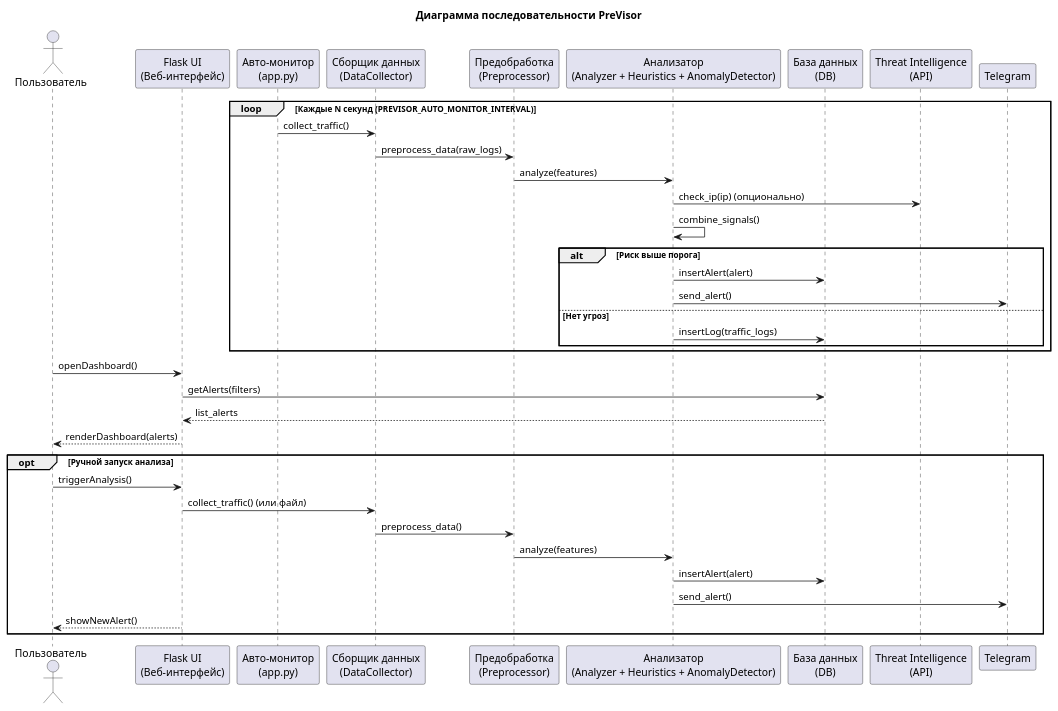
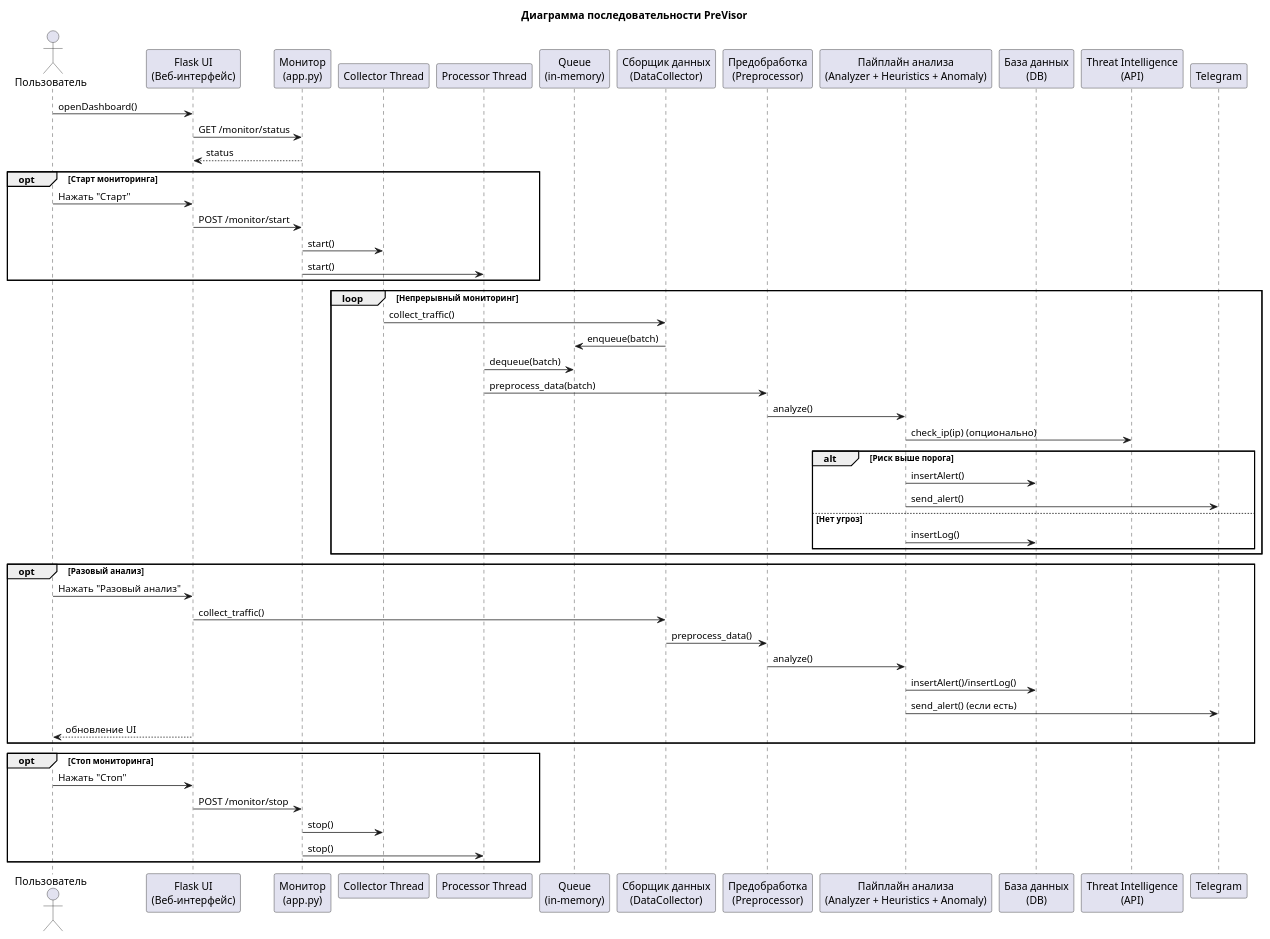
The diagram in static/previsor_sequence_diagram.puml (k00000tek/previsor), drawn with PlantUML before and after one commit. The commit also changed 38 other files, not shown here.

```diff
--- a/static/previsor_sequence_diagram.puml
+++ b/static/previsor_sequence_diagram.puml
@@ -1,44 +1,60 @@
 @startuml
 title Диаграмма последовательности PreVisor
 
 actor "Пользователь" as User
 participant "Flask UI\n(Веб-интерфейс)" as Flask
-participant "Авто-монитор\n(app.py)" as Mon
+participant "Монитор\n(app.py)" as Mon
+participant "Collector Thread" as Col
+participant "Processor Thread" as Proc
+participant "Queue\n(in-memory)" as Q
 participant "Сборщик данных\n(DataCollector)" as DC
 participant "Предобработка\n(Preprocessor)" as PP
-participant "Анализатор\n(Analyzer + Heuristics + AnomalyDetector)" as AN
+participant "Пайплайн анализа\n(Analyzer + Heuristics + Anomaly)" as AN
 participant "База данных\n(DB)" as DB
 participant "Threat Intelligence\n(API)" as EXT
 participant "Telegram" as TG
 
-loop Каждые N секунд (PREVISOR_AUTO_MONITOR_INTERVAL)
-  Mon -> DC : collect_traffic()
-  DC -> PP : preprocess_data(raw_logs)
-  PP -> AN : analyze(features)
+User -> Flask : openDashboard()
+Flask -> Mon : GET /monitor/status
+Mon --> Flask : status
+
+opt Старт мониторинга
+  User -> Flask : Нажать "Старт"
+  Flask -> Mon : POST /monitor/start
+  Mon -> Col : start()
+  Mon -> Proc : start()
+end
+
+loop Непрерывный мониторинг
+  Col -> DC : collect_traffic()
+  DC -> Q : enqueue(batch)
+  Proc -> Q : dequeue(batch)
+  Proc -> PP : preprocess_data(batch)
+  PP -> AN : analyze()
   AN -> EXT : check_ip(ip) (опционально)
-  AN -> AN : combine_signals()
-
   alt Риск выше порога
-    AN -> DB : insertAlert(alert)
+    AN -> DB : insertAlert()
     AN -> TG : send_alert()
   else Нет угроз
-    AN -> DB : insertLog(traffic_logs)
+    AN -> DB : insertLog()
   end
 end
 
-User -> Flask : openDashboard()
-Flask -> DB : getAlerts(filters)
-DB --> Flask : list_alerts
-Flask --> User : renderDashboard(alerts)
+opt Разовый анализ
+  User -> Flask : Нажать "Разовый анализ"
+  Flask -> DC : collect_traffic()
+  DC -> PP : preprocess_data()
+  PP -> AN : analyze()
+  AN -> DB : insertAlert()/insertLog()
+  AN -> TG : send_alert() (если есть)
+  Flask --> User : обновление UI
+end
 
-opt Ручной запуск анализа
-  User -> Flask : triggerAnalysis()
-  Flask -> DC : collect_traffic() (или файл)
-  DC -> PP : preprocess_data()
-  PP -> AN : analyze(features)
-  AN -> DB : insertAlert(alert)
-  AN -> TG : send_alert()
-  Flask --> User : showNewAlert()
+opt Стоп мониторинга
+  User -> Flask : Нажать "Стоп"
+  Flask -> Mon : POST /monitor/stop
+  Mon -> Col : stop()
+  Mon -> Proc : stop()
 end
 
 @enduml
```
